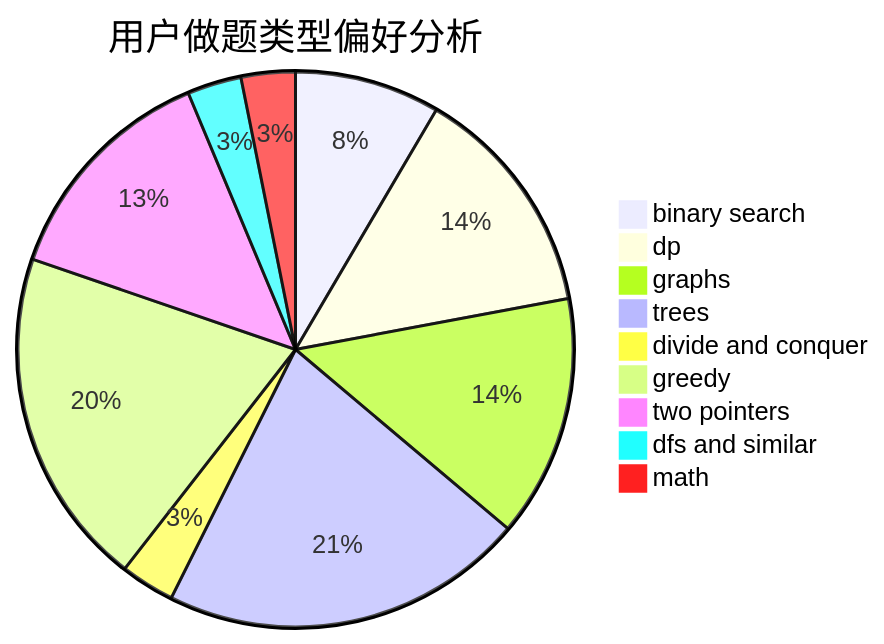
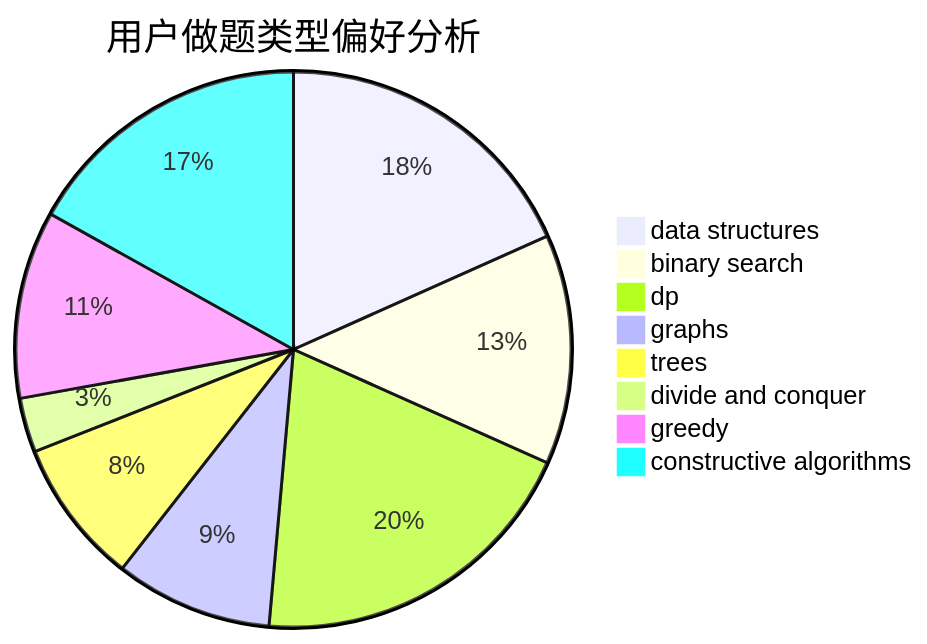
The second of 3 diagrams in docs/user/u1513.md (sherpahu/cfrs.github.io), drawn with Mermaid before and after one commit. The commit also changed other lines of this file and 2775 other files, not shown here.

````diff
--- a/docs/user/u1513.md
+++ b/docs/user/u1513.md
@@ -23,12 +23,11 @@
 ```mermaid
 pie title 用户做题类型偏好分析
-    "binary search" :  51
-    "dp" :  82
-    "graphs" :  85
-    "trees" :  128
-    "divide and conquer" :  19
-    "greedy" :  119
-    "two pointers" :  81
-    "dfs and similar" :  19
-    "math" :  19
+    "data structures" :  52
+    "binary search" :  38
+    "dp" :  56
+    "graphs" :  26
+    "trees" :  24
+    "divide and conquer" :  9
+    "greedy" :  31
+    "constructive algorithms" :  48
 ```
````
